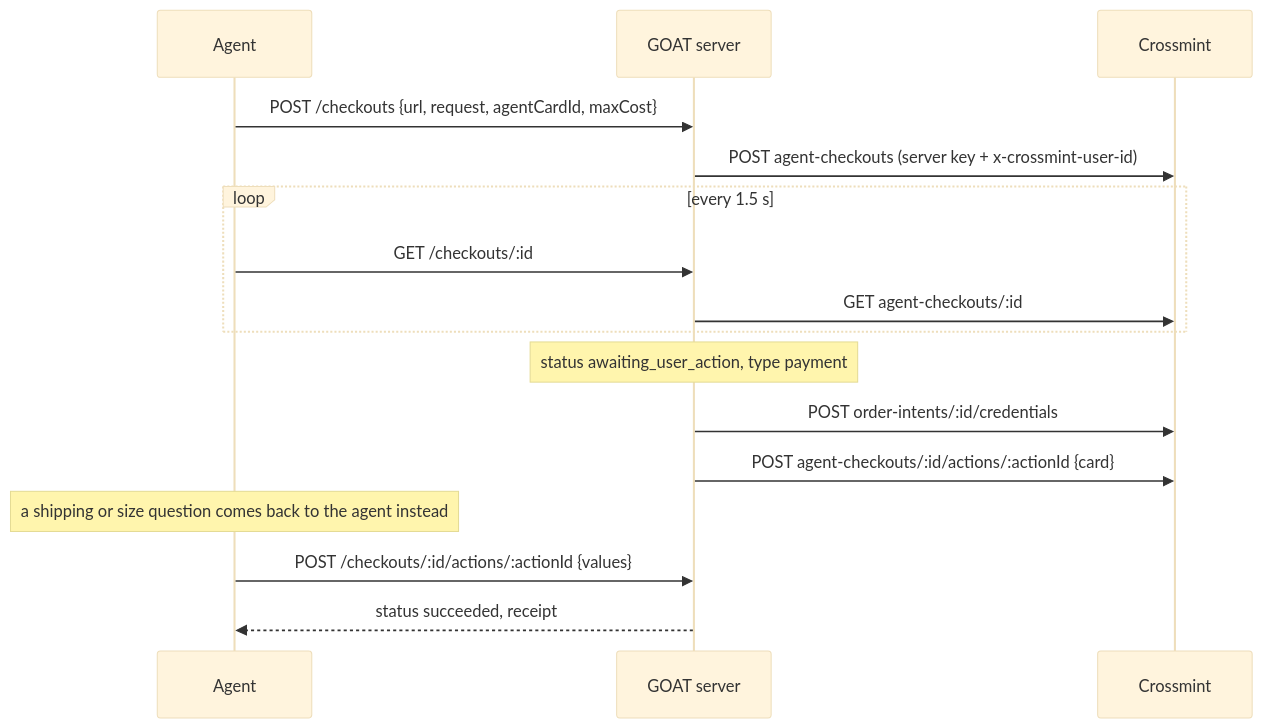
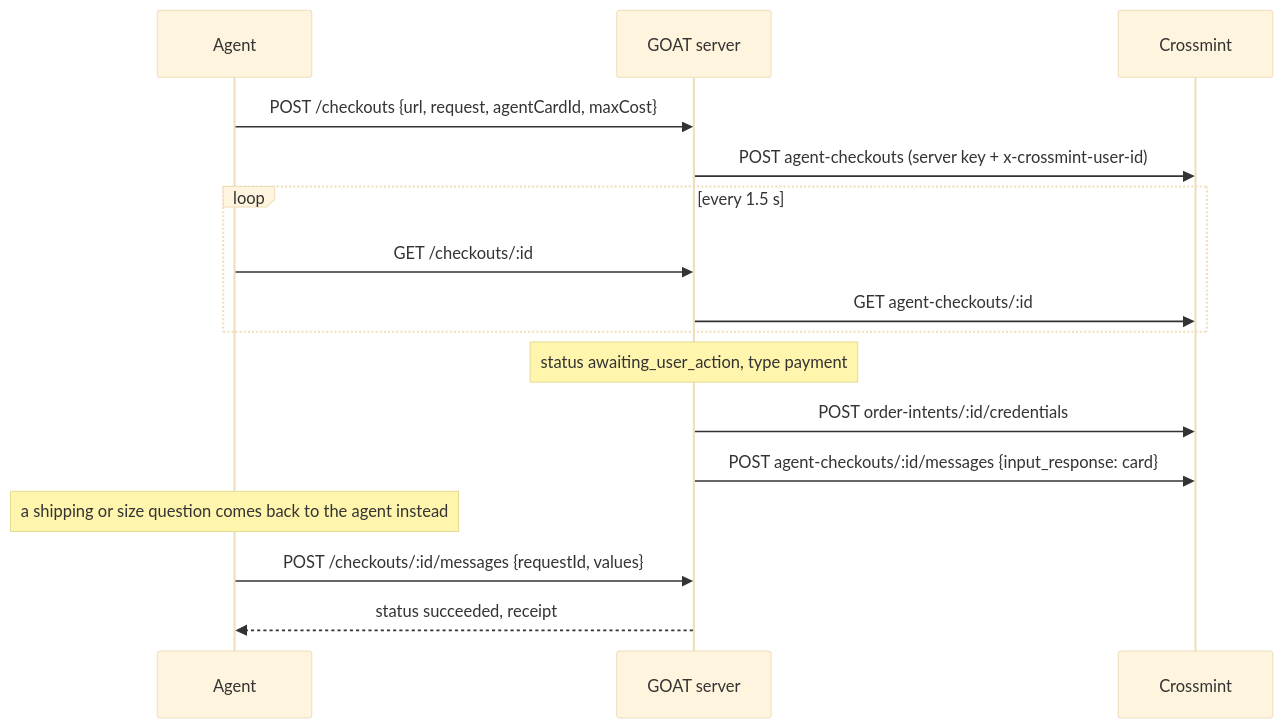
Before and after one commit to Crossmint/agent-commerce-sample-app: the third of 3 diagrams in docs/ARCHITECTURE.md, drawn with Mermaid (base theme). The commit also changed other lines of this file and 35 other files, not shown here.

````diff
--- a/docs/ARCHITECTURE.md
+++ b/docs/ARCHITECTURE.md
@@ -375,19 +379,19 @@
 ```mermaid
 sequenceDiagram
   participant A as Agent
   participant S as GOAT server
   participant X as Crossmint
 
   A->>S: POST /checkouts {url, request, agentCardId, maxCost}
   S->>X: POST agent-checkouts (server key + x-crossmint-user-id)
   loop every 1.5 s
     A->>S: GET /checkouts/:id
     S->>X: GET agent-checkouts/:id
   end
   Note over S: status awaiting_user_action, type payment
   S->>X: POST order-intents/:id/credentials
-  S->>X: POST agent-checkouts/:id/actions/:actionId {card}
+  S->>X: POST agent-checkouts/:id/messages {input_response: card}
   Note over A: a shipping or size question comes back to the agent instead
-  A->>S: POST /checkouts/:id/actions/:actionId {values}
+  A->>S: POST /checkouts/:id/messages {requestId, values}
   S-->>A: status succeeded, receipt
 ```
````
